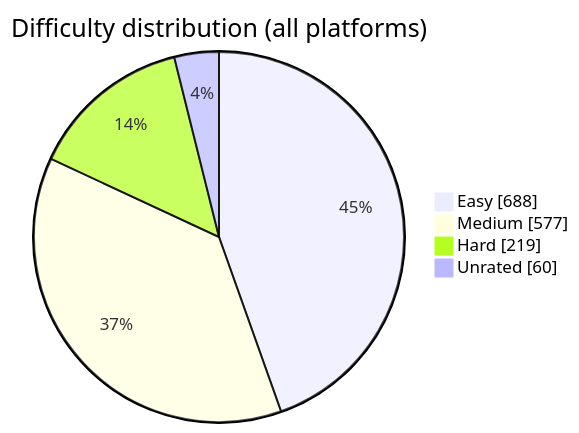
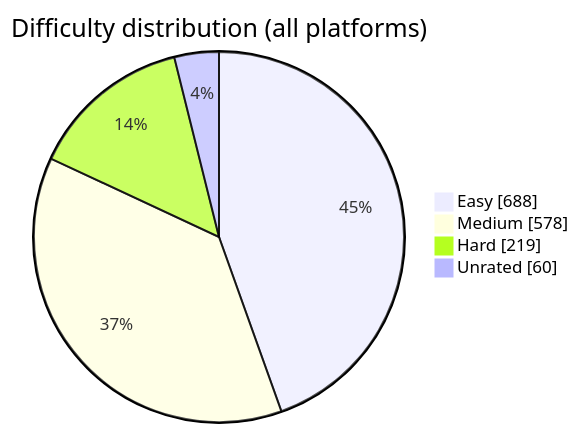
The diagram in README.md (BuildbyArindam/Daily-Coding-Log), drawn with Mermaid before and after one commit. The commit also changed other lines of this file, not shown here.

````diff
--- a/README.md
+++ b/README.md
@@ -93,7 +93,7 @@
 ```mermaid
 pie showData title Difficulty distribution (all platforms)
     "Easy" : 688
-    "Medium" : 577
+    "Medium" : 578
     "Hard" : 219
     "Unrated" : 60
 ```
````
